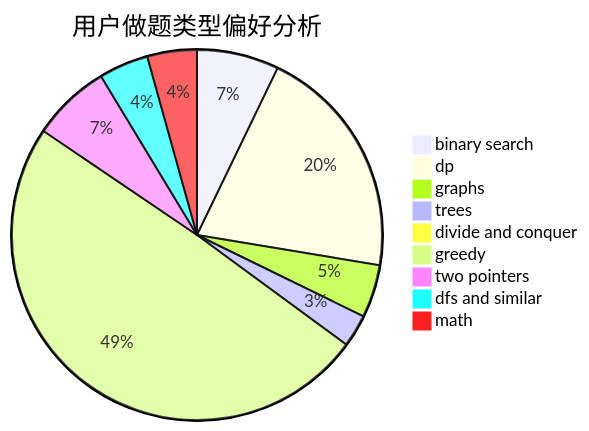
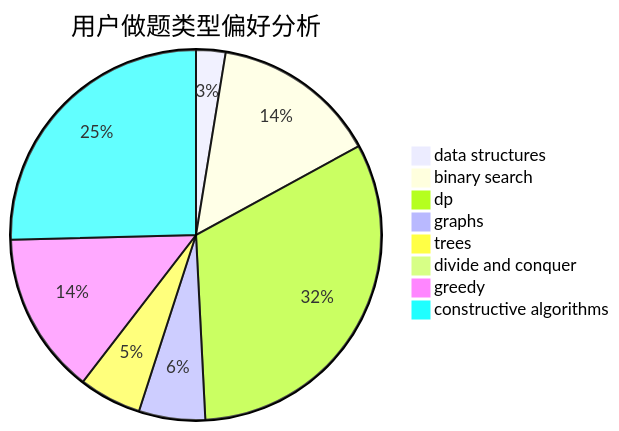
The second of 3 diagrams in docs/user/u2672.md (sherpahu/cfrs.github.io), drawn with Mermaid before and after one commit. The commit also changed other lines of this file and 2775 other files, not shown here.

````diff
--- a/docs/user/u2672.md
+++ b/docs/user/u2672.md
@@ -23,12 +23,11 @@
 ```mermaid
 pie title 用户做题类型偏好分析
-    "binary search" :  48
-    "dp" :  137
-    "graphs" :  31
-    "trees" :  19
+    "data structures" :  8
+    "binary search" :  45
+    "dp" :  100
+    "graphs" :  18
+    "trees" :  17
     "divide and conquer" :  0
-    "greedy" :  331
-    "two pointers" :  46
-    "dfs and similar" :  29
-    "math" :  29
+    "greedy" :  44
+    "constructive algorithms" :  79
 ```
````
